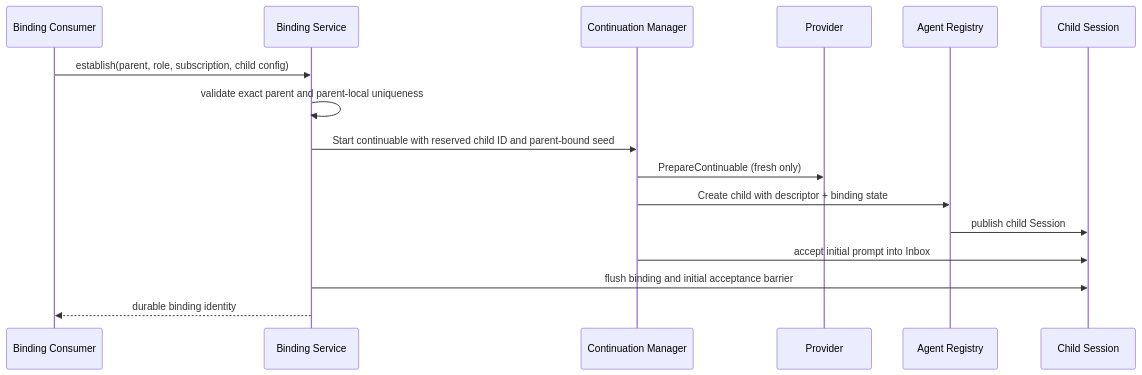
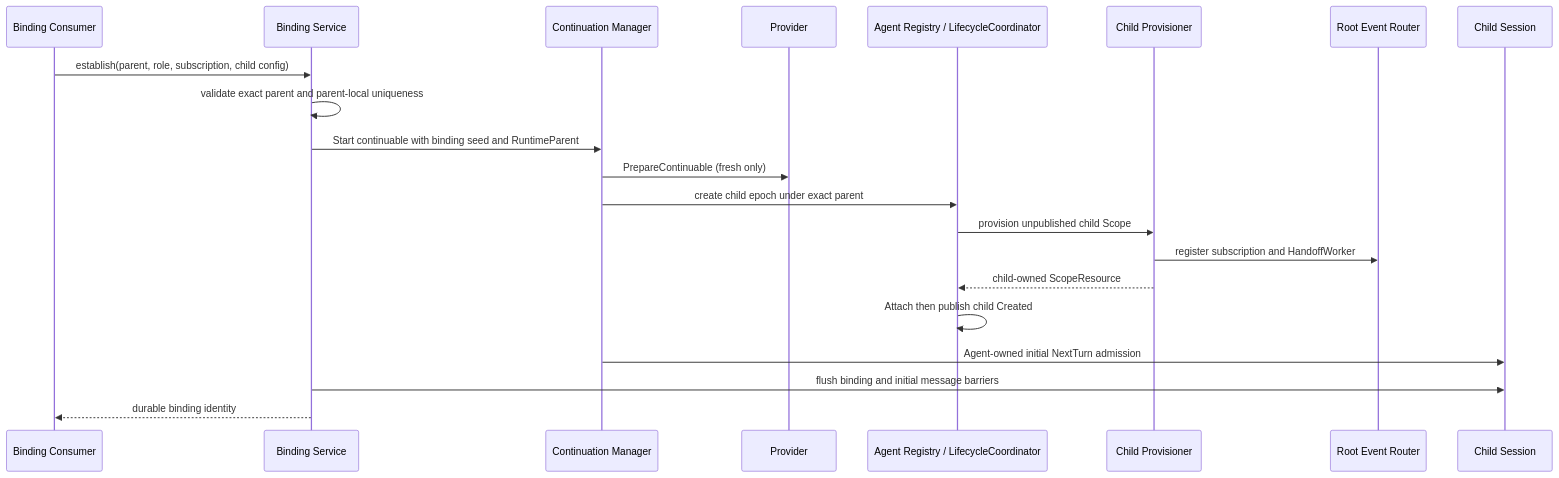
Before and after one commit to gorenx/goren: the second of 5 diagrams in subagent/docs/parent-bound-design.zh-CN.md, drawn with Mermaid. The commit also changed other lines of this file and 14 other files, not shown here.

Commit message:
docs(agent): finalize lifecycle refactor design

````diff
--- a/subagent/docs/parent-bound-design.zh-CN.md
+++ b/subagent/docs/parent-bound-design.zh-CN.md
@@ -267,19 +285,24 @@
 ```mermaid
 sequenceDiagram
     participant C as Binding Consumer
     participant B as Binding Service
     participant M as Continuation Manager
     participant P as Provider
-    participant A as Agent Registry
+    participant A as Agent Registry / LifecycleCoordinator
+    participant V as Child Provisioner
+    participant R as Root Event Router
     participant S as Child Session
 
     C->>B: establish(parent, role, subscription, child config)
     B->>B: validate exact parent and parent-local uniqueness
-    B->>M: Start continuable with reserved child ID and parent-bound seed
+    B->>M: Start continuable with binding seed and RuntimeParent
     M->>P: PrepareContinuable (fresh only)
-    M->>A: Create child with descriptor + binding state
-    A->>S: publish child Session
-    M->>S: accept initial prompt into Inbox
-    B->>S: flush binding and initial acceptance barrier
+    M->>A: create child epoch under exact parent
+    A->>V: provision unpublished child Scope
+    V->>R: register subscription and HandoffWorker
+    V-->>A: child-owned ScopeResource
+    A->>A: Attach then publish child Created
+    M->>S: Agent-owned initial NextTurn admission
+    B->>S: flush binding and initial message barriers
     B-->>C: durable binding identity
 ```
````
